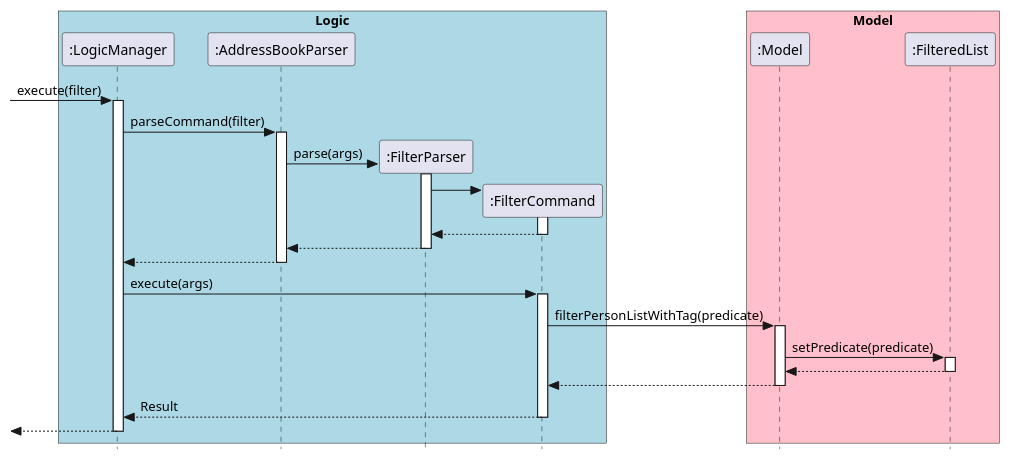
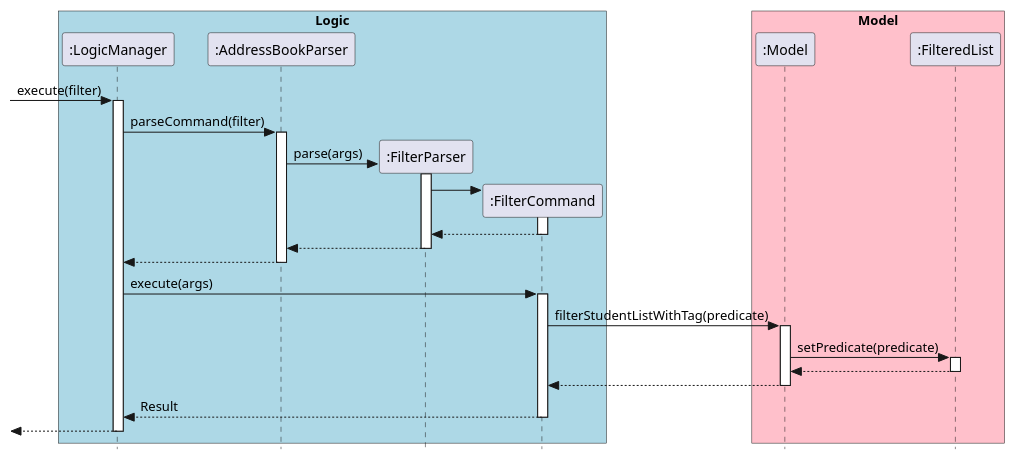
One commit to nus-cs2103-AY2223S1/tp changed the diagram in docs/diagrams/FilterCommandSequenceDiagram.puml. Above: the diagram before and after it, drawn with PlantUML. The commit also changed 10 other files, not shown here.

Commit message:
Change all Person to Student in puml files

```diff
--- a/docs/diagrams/FilterCommandSequenceDiagram.puml
+++ b/docs/diagrams/FilterCommandSequenceDiagram.puml
@@ -1,56 +1,56 @@
 @startuml
 skinparam style strictuml
 box "Logic" #LightBlue
 participant ":LogicManager" as LM
 participant ":AddressBookParser" as ABParser
 participant ":FilterParser" as FParser
 participant ":FilterCommand" as FilterCommand
 end box
 
 box "Model" #Pink
 participant ":Model" as Model
 participant ":FilteredList" as FL
 end box
 
 [-> LM : execute(filter)
 activate LM
 
 LM -> ABParser : parseCommand(filter)
 activate ABParser
 
 ABParser -> FParser ** : parse(args)
 activate FParser
 
 FParser -> FilterCommand **
 activate FilterCommand
 
 FilterCommand --> FParser
 deactivate FilterCommand
 
 FParser --> ABParser
 deactivate FParser
 
 ABParser --> LM
 deactivate ABParser
 
 LM -> FilterCommand : execute(args)
 activate FilterCommand
 
-FilterCommand -> Model : filterPersonListWithTag(predicate)
+FilterCommand -> Model : filterStudentListWithTag(predicate)
 activate Model
 
 Model -> FL : setPredicate(predicate)
 activate FL
 
 FL --> Model
 deactivate FL
 
 Model --> FilterCommand
 deactivate Model
 
 FilterCommand --> LM : Result
 deactivate FilterCommand
 
 [<--LM
 deactivate LM
 @enduml
```
